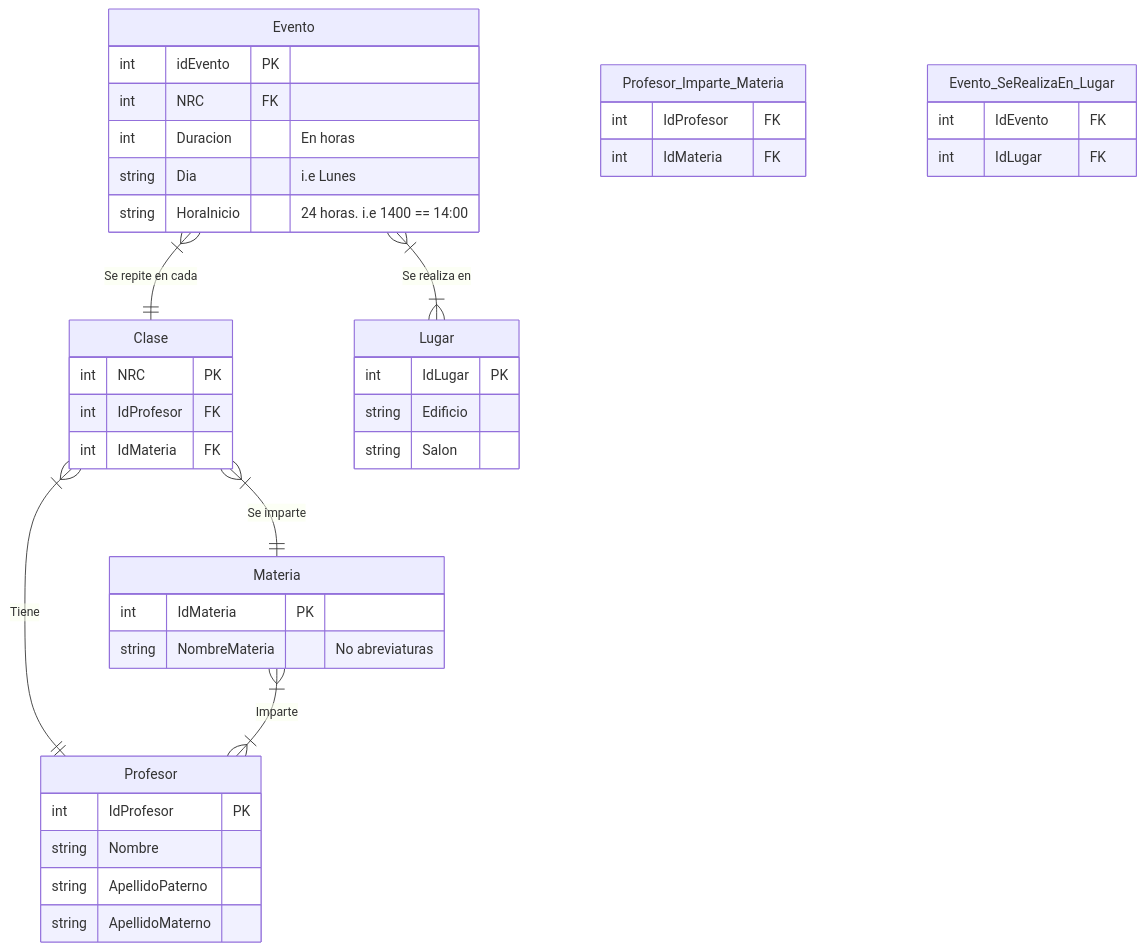
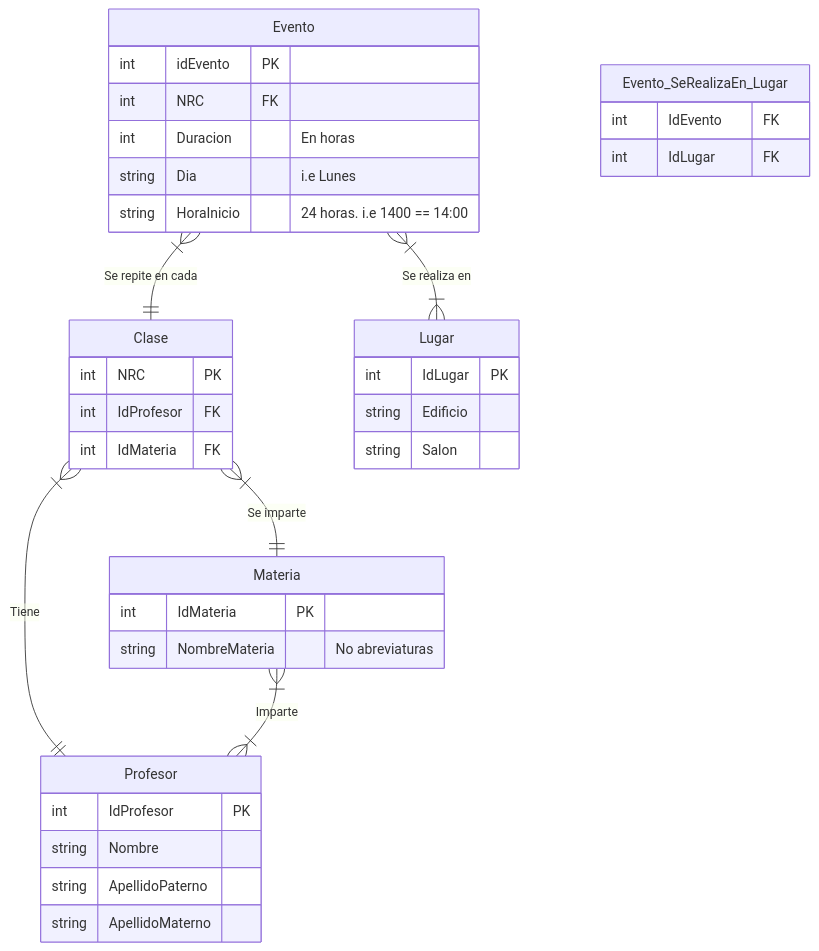
The diagram in README.md (miguehm/csv-to-db-fcc), drawn with Mermaid before and after one commit.

````diff
--- a/README.md
+++ b/README.md
@@ -214,50 +214,45 @@
 ```mermaid
 erDiagram
     Clase }|--|| Profesor: Tiene
     Clase }|--|| Materia: "Se imparte"
     Evento }|--|| Clase: "Se repite en cada"
     Evento }|--|{ Lugar: "Se realiza en"
     Materia }|--|{ Profesor: Imparte
 
     Clase {
         int NRC PK
         int IdProfesor FK
         int IdMateria FK
     }
 
     Profesor {
         int IdProfesor PK
         string Nombre
         string ApellidoPaterno
         string ApellidoMaterno
     }
 
     Evento {
         int idEvento PK
         int NRC FK
         int Duracion "En horas"
         string Dia "i.e Lunes"
         string HoraInicio "24 horas. i.e 1400 == 14:00"
     }
 
     Materia {
         int IdMateria PK
         string NombreMateria "No abreviaturas"
     }
 
     Lugar {
         int IdLugar PK
         string Edificio
         string Salon
     }
 
-    "Profesor_Imparte_Materia" {
-        int IdProfesor FK
-        int IdMateria FK
-    }
-
     "Evento_SeRealizaEn_Lugar" {
         int IdEvento FK
         int IdLugar FK
     }
 ```
````
